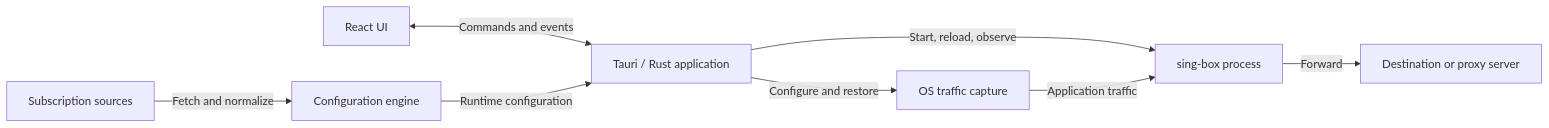
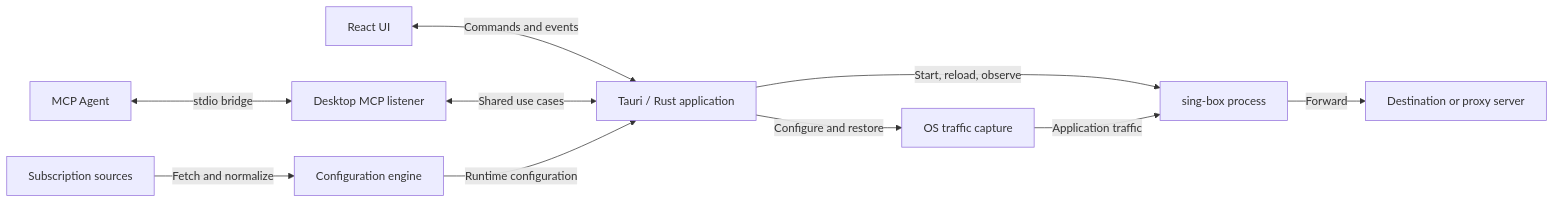
Before and after one commit to yilong-musk/ice-box: the diagram in docs/architecture.md, drawn with Mermaid. The commit also changed other lines of this file and 38 other files, not shown here.

First line of the commit message:
feat(desktop): add shared MCP agent control

````diff
--- a/docs/architecture.md
+++ b/docs/architecture.md
@@ -11,10 +11,12 @@
 ```mermaid
 flowchart LR
     UI["React UI"] <-->|"Commands and events"| App["Tauri / Rust application"]
+    Agent["MCP Agent"] <-->|"stdio bridge"| Mcp["Desktop MCP listener"]
+    Mcp <-->|"Shared use cases"| App
     Subs["Subscription sources"] -->|"Fetch and normalize"| Engine["Configuration engine"]
     Engine -->|"Runtime configuration"| App
     App -->|"Start, reload, observe"| Core["sing-box process"]
     App -->|"Configure and restore"| OS["OS traffic capture"]
     OS -->|"Application traffic"| Core
     Core -->|"Forward"| Network["Destination or proxy server"]
 ```
````
